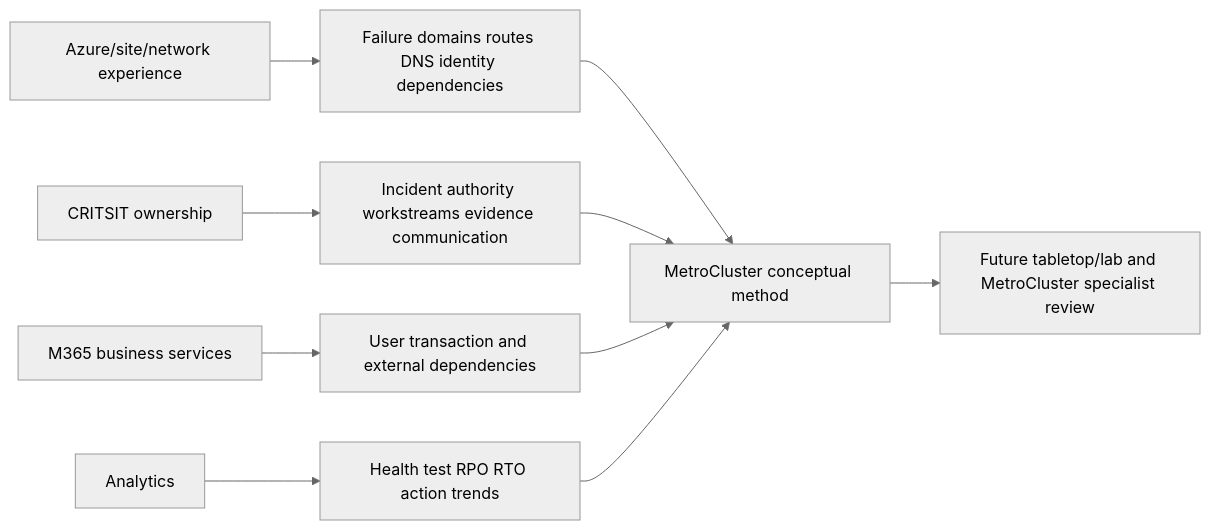
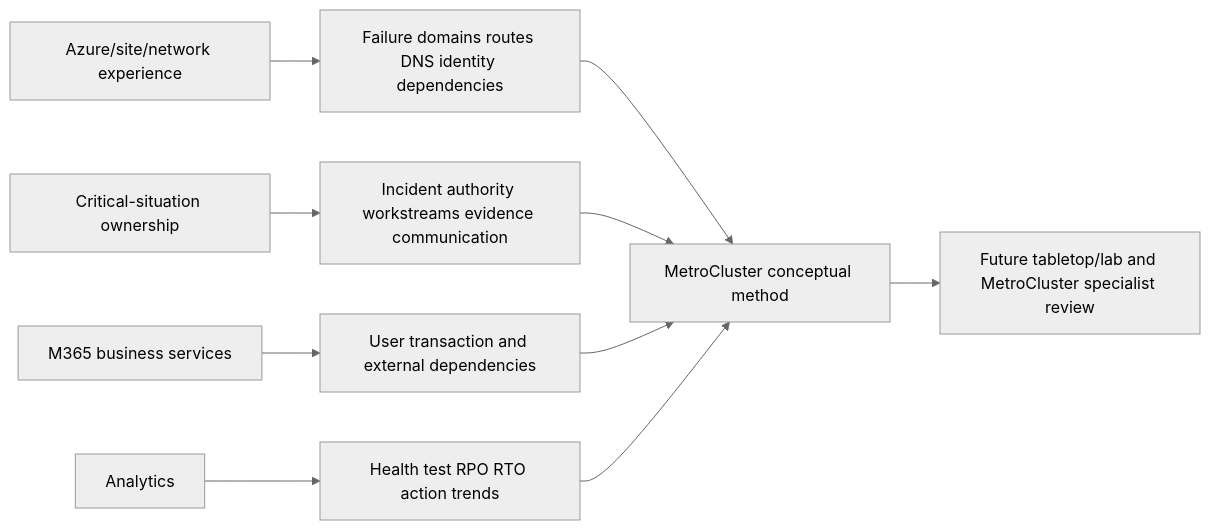
Before and after one commit to hichauhan-in/Interview-Prep: diagram 23 of 24 in NetApp TAM/prep/Part-38-metrocluster-site-resilience-dr.md, drawn with Mermaid (neutral theme). The commit also changed other lines of this file and 493 other files, not shown here.

````diff
--- a/NetApp TAM/prep/Part-38-metrocluster-site-resilience-dr.md
+++ b/NetApp TAM/prep/Part-38-metrocluster-site-resilience-dr.md
@@ -642,12 +642,12 @@
 ```mermaid
 flowchart LR
     AZ[Azure/site/network experience] --> FD[Failure domains routes DNS identity dependencies]
-    CRIT[CRITSIT ownership] --> CMD[Incident authority workstreams evidence communication]
+    CRIT[Critical-situation ownership] --> CMD[Incident authority workstreams evidence communication]
     M365[M365 business services] --> APP[User transaction and external dependencies]
     BI[Analytics] --> KPI[Health test RPO RTO action trends]
     FD --> MCC[MetroCluster conceptual method]
     CMD --> MCC
     APP --> MCC
     KPI --> MCC
     MCC --> LAB[Future tabletop/lab and MetroCluster specialist review]
 ```
````
